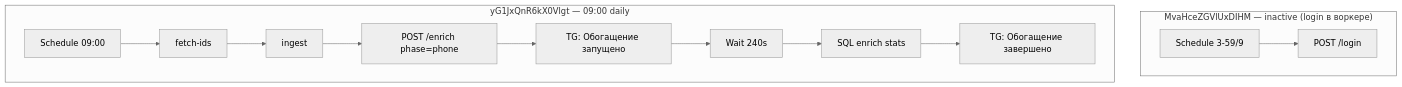
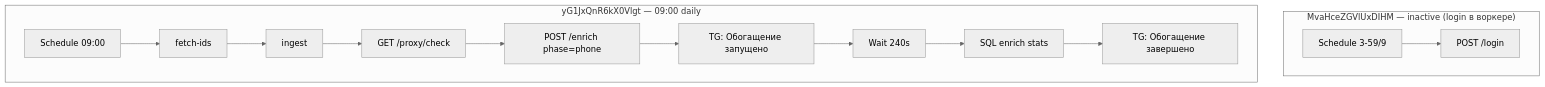
Before and after one commit to ruzzo-prog/PropRadar: the first of 2 diagrams in docs/n8n_myhome_workflow.md, drawn with Mermaid (neutral theme). The commit also changed other lines of this file and 13 other files, not shown here.

````diff
--- a/docs/n8n_myhome_workflow.md
+++ b/docs/n8n_myhome_workflow.md
@@ -33,15 +33,16 @@
 ```mermaid
 flowchart TB
   subgraph loginCron["MvaHceZGVlUxDIHM — inactive (login в воркере)"]
     LC[Schedule 3-59/9] --> L1[POST /login]
   end
   subgraph mainSync["yG1JxQnR6kX0Vlgt — 09:00 daily"]
     MS[Schedule 09:00] --> F[fetch-ids]
     F --> I[ingest]
-    I --> E[POST /enrich phase=phone]
+    I --> PC[GET /proxy/check]
+    PC --> E[POST /enrich phase=phone]
     E --> TG1[TG: Обогащение запущено]
     TG1 --> W240[Wait 240s]
     W240 --> SQL[SQL enrich stats]
     SQL --> TG2[TG: Обогащение завершено]
   end
 ```
````
